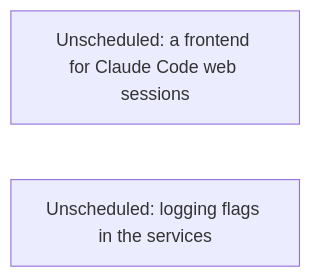
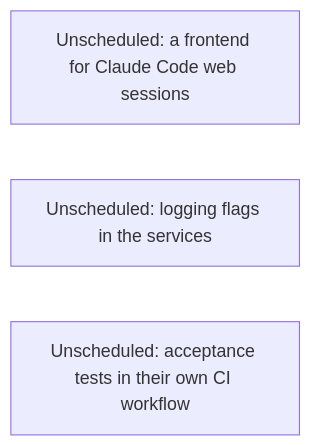
One commit to agentydragon-agent/ducktape changed the seventh of 15 diagrams in agentplane/plans/task_dag.md. Above: the diagram before and after it, drawn with Mermaid. The commit also changed other lines of this file, not shown here.

First line of the commit message:
agentplane/plans: acceptance tests in their own CI workflow (#10216)

````diff
--- a/agentplane/plans/task_dag.md
+++ b/agentplane/plans/task_dag.md
@@ -438,5 +438,6 @@
 ```mermaid
 flowchart LR
     CLAUDE_CODE_WEB_BRIDGE[Unscheduled: a frontend for Claude Code web sessions]
     SERVICE_LOG_FLAGS[Unscheduled: logging flags in the services]
+    ISOLATED_ACCEPTANCE_CI[Unscheduled: acceptance tests in their own CI workflow]
 ```
````
